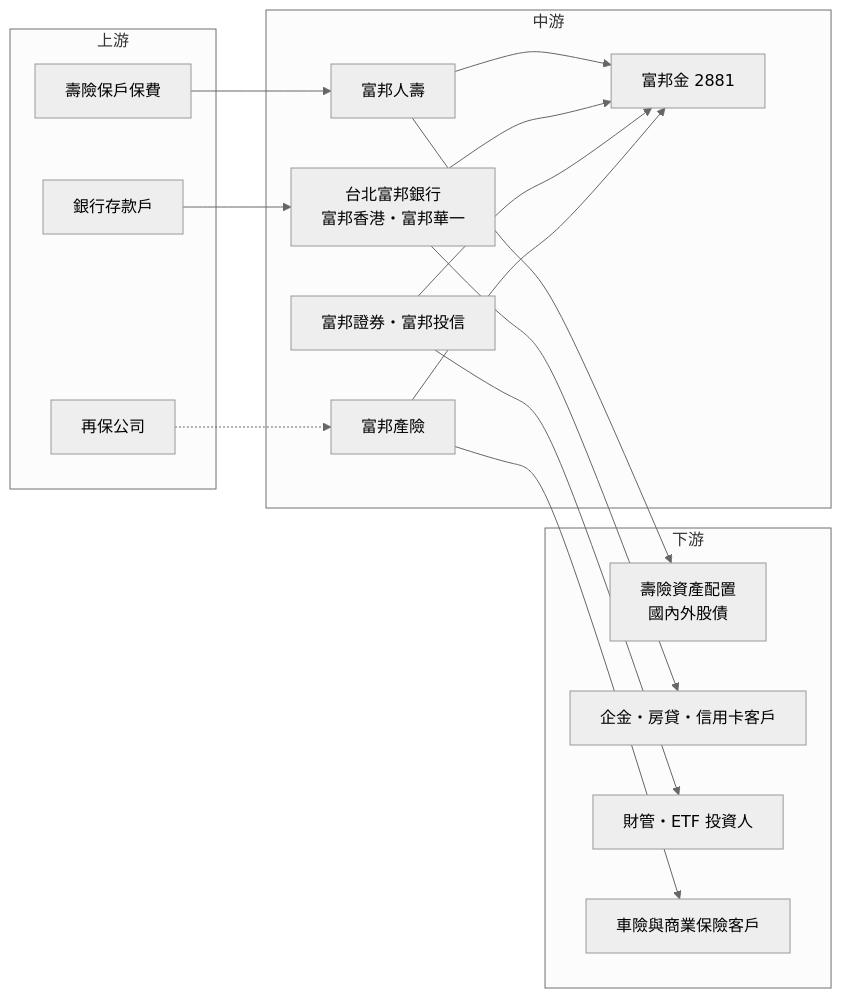
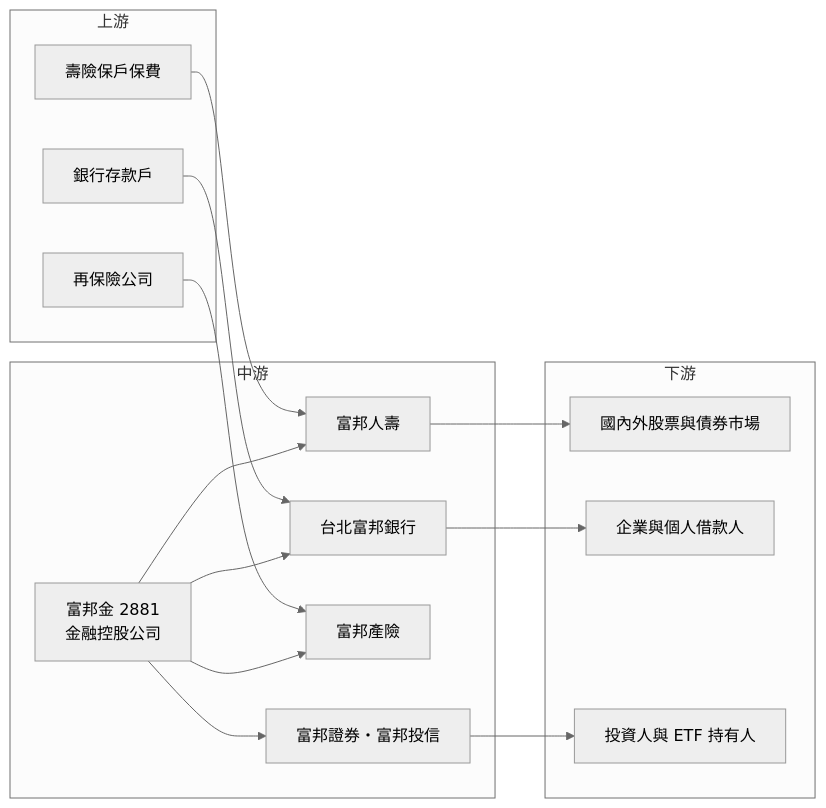
Before and after one commit to wangnick1004/taiwan-stock-vault: the fourth of 4 diagrams in 個股/台股/2881富邦金.md, drawn with Mermaid (neutral theme). The commit also changed other lines of this file and 12 other files, not shown here.

````diff
--- a/個股/台股/2881富邦金.md
+++ b/個股/台股/2881富邦金.md
@@ -232,32 +223,30 @@
 ```mermaid
 flowchart LR
     subgraph 上游
         A1[壽險保戶保費]
         A2[銀行存款戶]
-        A3[再保公司]
+        A3[再保險公司]
     end
     subgraph 中游
-        B[富邦金 2881]
+        B[富邦金 2881<br/>金融控股公司]
         B1[富邦人壽]
-        B2[台北富邦銀行<br/>富邦香港・富邦華一]
-        B3[富邦證券・富邦投信]
-        B4[富邦產險]
+        B2[台北富邦銀行]
+        B3[富邦產險]
+        B4[富邦證券・富邦投信]
     end
     subgraph 下游
-        C1[壽險資產配置<br/>國內外股債]
-        C2[企金・房貸・信用卡客戶]
-        C3[財管・ETF 投資人]
-        C4[車險與商業保險客戶]
+        C1[國內外股票與債券市場]
+        C2[企業與個人借款人]
+        C3[投資人與 ETF 持有人]
     end
     A1 --> B1
     A2 --> B2
-    A3 -.-> B4
-    B1 --> B
-    B2 --> B
-    B3 --> B
-    B4 --> B
+    A3 --> B3
+    B --> B1
+    B --> B2
+    B --> B3
+    B --> B4
     B1 --> C1
     B2 --> C2
-    B3 --> C3
-    B4 --> C4
+    B4 --> C3
 ```
````
